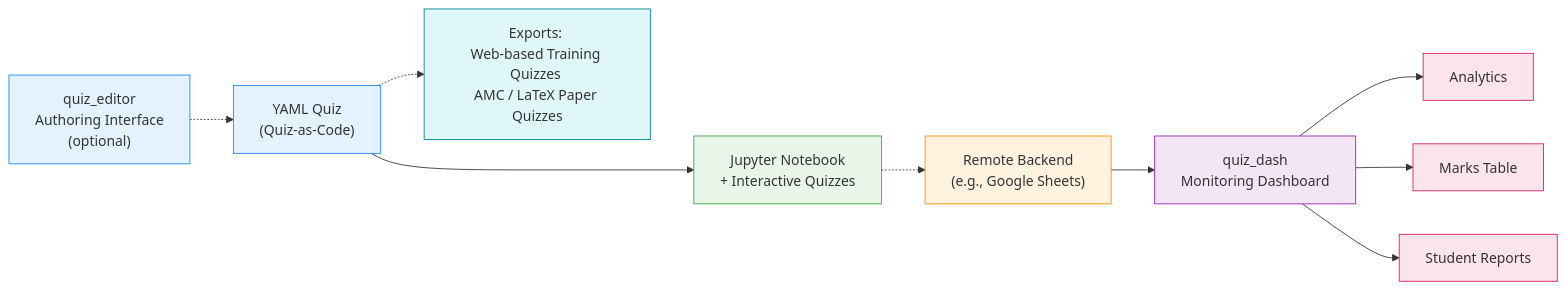
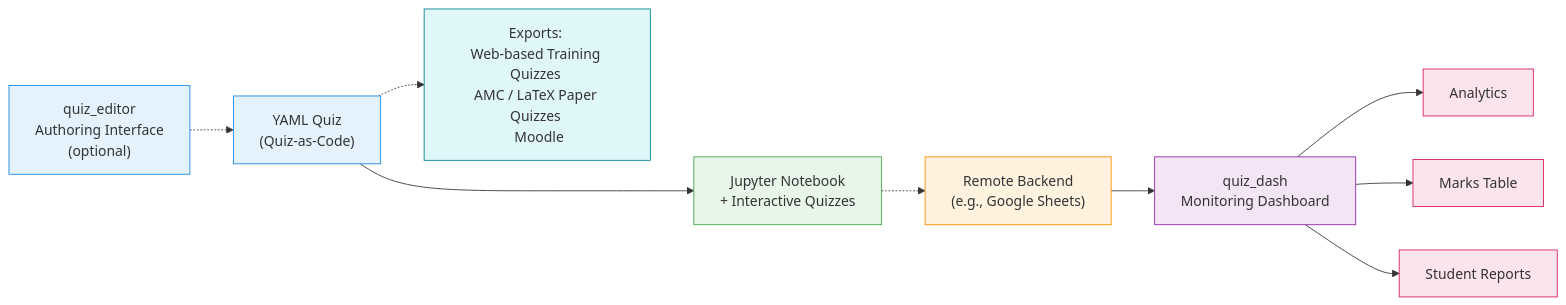
One commit to jfbercher/labquiz changed the diagram in docs/Overview.md. Above: the diagram before and after it, drawn with Mermaid. The commit also changed other lines of this file and 1 other file, not shown here.

Commit message:
Update doc with import-export capabilities (Moodle)

````diff
--- a/docs/Overview.md
+++ b/docs/Overview.md
@@ -42,40 +42,40 @@
 ```mermaid
 flowchart LR
     %% Nodes
     A["YAML Quiz<br/>(Quiz-as-Code)"]
     B["quiz_editor<br/>Authoring Interface<br/>(optional)"]
     C["Jupyter Notebook<br/>+ Interactive Quizzes"]
     D["Remote Backend<br/>(e.g., Google Sheets)"]
     E["quiz_dash<br/>Monitoring Dashboard"]
     F[Analytics]
     G[Marks Table]
     H[Student Reports]
-    I[Exports: <br/>Web-based Training Quizzes <br/>AMC / LaTeX Paper Quizzes]
+    I[Exports: <br/>Web-based Training Quizzes <br/>AMC / LaTeX Paper Quizzes <br/> Moodle]
 
     %% Flows
     B -.-> A
     A ---> C
     C -.-> D
     D --> E
     E --> F
     E --> G
     E --> H
     A -.-> I
     
 
     %% Styles
     classDef authoring fill:#e3f2fd,stroke:#1e88e5,stroke-width:1px;
     classDef runtime fill:#e8f5e9,stroke:#43a047,stroke-width:1px;
     classDef backend fill:#fff3e0,stroke:#fb8c00,stroke-width:1px;
     classDef dashboard fill:#f3e5f5,stroke:#8e24aa,stroke-width:1px;
     classDef outputs fill:#fce4ec,stroke:#d81b60,stroke-width:1px;
     classDef export fill:#e0f7fa,stroke:#00838f,stroke-width:1px;
 
     %% Assign classes
     class A,B authoring;
     class C runtime;
     class D backend;
     class E dashboard;
     class F,G,H outputs;
     class I,J export;
 ```
````
